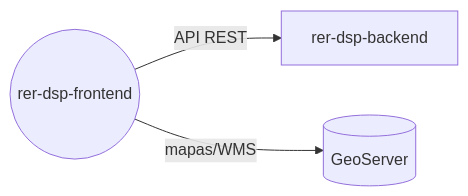
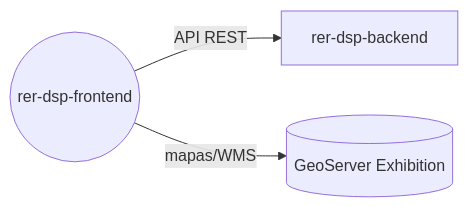
One commit to Rural-Environmental-Registry/rer-dsp-frontend changed the diagram in README.md. Above: the diagram before and after it, drawn with Mermaid. The commit also changed other lines of this file and 3 other files, not shown here.

````diff
--- a/README.md
+++ b/README.md
@@ -9,9 +9,9 @@
 ```mermaid
 flowchart LR
     Frontend((rer-dsp-frontend))
     Backend[rer-dsp-backend]
-    GeoServer[(GeoServer)]
+    GeoServerEx[(GeoServer Exhibition)]
 
     Frontend -- API REST --> Backend
-    Frontend -- mapas/WMS --> GeoServer
+    Frontend -- mapas/WMS --> GeoServerEx
 ```
````
